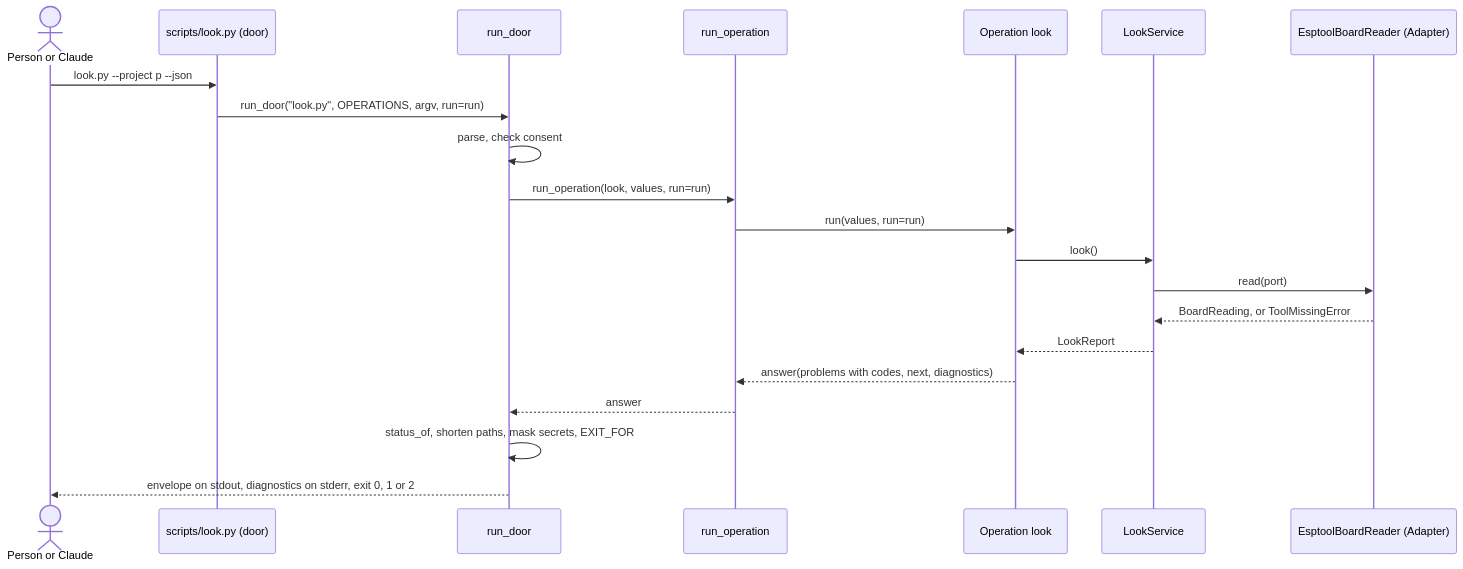
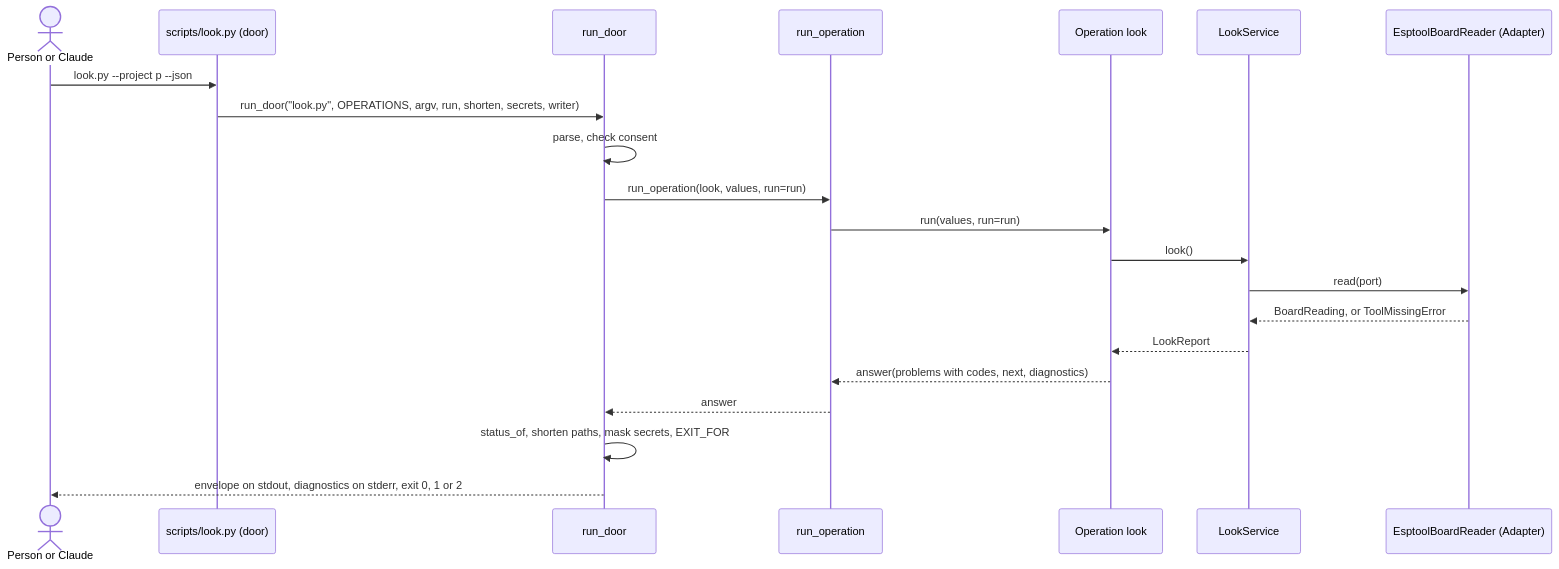
Before and after one commit to xmejkal/spark: the third of 3 diagrams in docs/discovery/2026-10-19-p323-target-architecture/design.md, drawn with Mermaid. The commit also changed other lines of this file and 1 other file, not shown here.

First line of the commit message:
P323: refuter round 2's nine fixes (area graph from real imports, platform key, no_board, run_door collaborators, goldens, terms)

````diff
--- a/docs/discovery/2026-10-19-p323-target-architecture/design.md
+++ b/docs/discovery/2026-10-19-p323-target-architecture/design.md
@@ -268,23 +280,23 @@
 ```mermaid
 sequenceDiagram
   actor P as Person or Claude
   participant D as scripts/look.py (door)
   participant H as run_door
   participant R as run_operation
   participant O as Operation look
   participant S as LookService
   participant A as EsptoolBoardReader (Adapter)
   P->>D: look.py --project p --json
-  D->>H: run_door("look.py", OPERATIONS, argv, run=run)
+  D->>H: run_door("look.py", OPERATIONS, argv, run, shorten, secrets, writer)
   H->>H: parse, check consent
   H->>R: run_operation(look, values, run=run)
   R->>O: run(values, run=run)
   O->>S: look()
   S->>A: read(port)
   A-->>S: BoardReading, or ToolMissingError
   S-->>O: LookReport
   O-->>R: answer(problems with codes, next, diagnostics)
   R-->>H: answer
   H->>H: status_of, shorten paths, mask secrets, EXIT_FOR
   H-->>P: envelope on stdout, diagnostics on stderr, exit 0, 1 or 2
 ```
````
